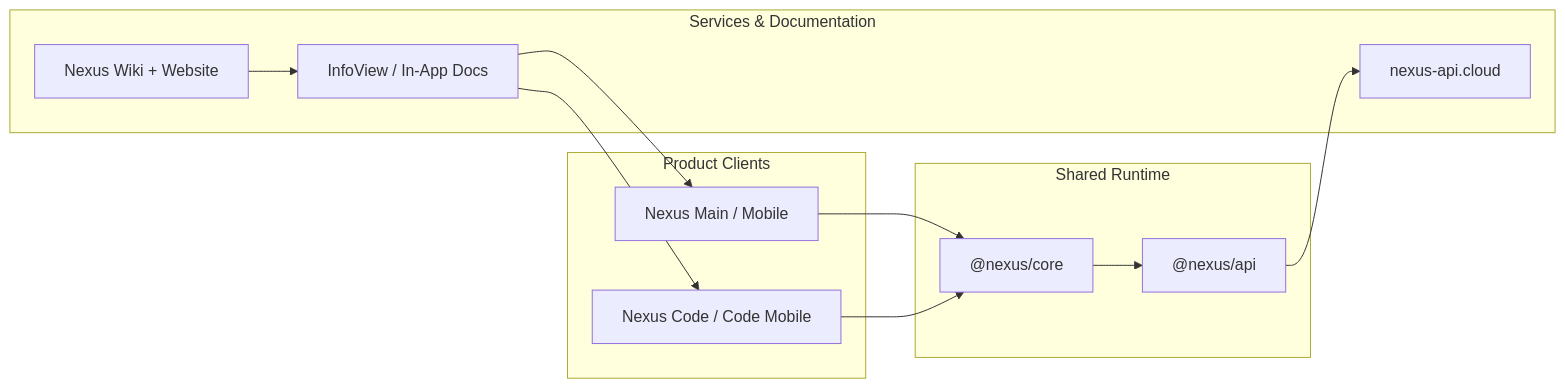
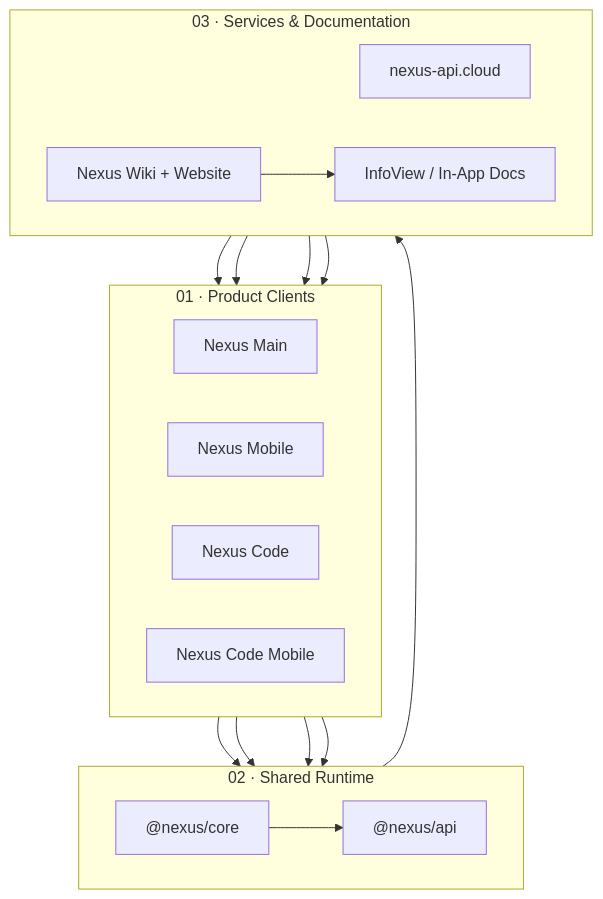
Before and after one commit to YoungJibbit95/Nexus-Ecosystem: the diagram in README.md, drawn with Mermaid. The commit also changed other lines of this file, not shown here.

````diff
--- a/README.md
+++ b/README.md
@@ -136,26 +287,35 @@
 ```mermaid
-flowchart LR
-  subgraph Clients[Product Clients]
-    A["Nexus Main / Mobile"]
-    B["Nexus Code / Code Mobile"]
+flowchart TB
+  subgraph CLIENTS["01 · Product Clients"]
+    direction LR
+    A["Nexus Main"]
+    B["Nexus Mobile"]
+    C["Nexus Code"]
+    D["Nexus Code Mobile"]
   end
 
-  subgraph Runtime[Shared Runtime]
-    C["@nexus/core"]
-    G["@nexus/api"]
+  subgraph RUNTIME["02 · Shared Runtime"]
+    direction LR
+    E["@nexus/core"]
+    F["@nexus/api"]
   end
 
-  subgraph Services[Services & Documentation]
-    D["nexus-api.cloud"]
-    E["InfoView / In-App Docs"]
-    F["Nexus Wiki + Website"]
+  subgraph SERVICES["03 · Services & Documentation"]
+    direction LR
+    G["nexus-api.cloud"]
+    H["InfoView / In-App Docs"]
+    I["Nexus Wiki + Website"]
   end
 
-  A --> C
-  B --> C
-  C --> G
-  G --> D
-  E --> A
-  E --> B
-  F --> E
+  A --> E
+  B --> E
+  C --> E
+  D --> E
+  E --> F
+  F --> G
+  H --> A
+  H --> B
+  H --> C
+  H --> D
+  I --> H
 ```
````
